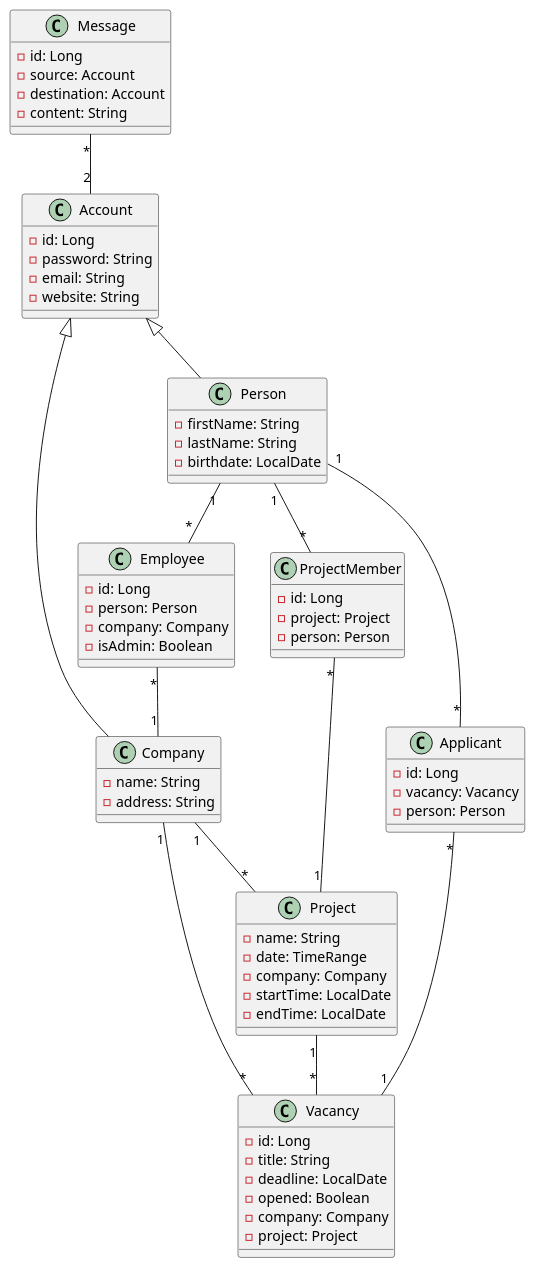
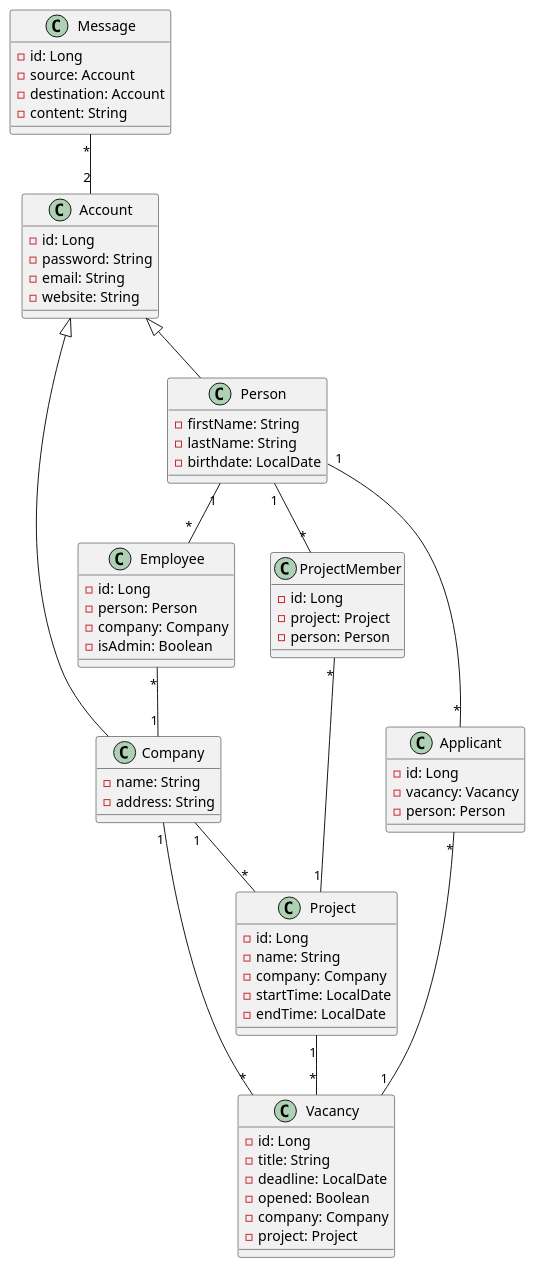
The diagram in cld/cld.puml (DirectorsView/documentation), drawn with PlantUML before and after one commit.

Commit message:
update fields in Project

```diff
--- a/cld/cld.puml
+++ b/cld/cld.puml
@@ -1,76 +1,76 @@
 @startuml
 
 class Account {
 - id: Long
 - password: String
 - email: String
 - website: String
 }
 
 class Company {
 - name: String
 - address: String
 }
 
 class Project {
+- id: Long
 - name: String
-- date: TimeRange
 - company: Company
 - startTime: LocalDate
 - endTime: LocalDate
 }
 
 class Person {
 - firstName: String
 - lastName: String
 - birthdate: LocalDate
 }
 
 class ProjectMember {
 - id: Long
 - project: Project
 - person: Person
 }
 
 class Vacancy {
 - id: Long
 - title: String
 - deadline: LocalDate
 - opened: Boolean
 - company: Company
 - project: Project
 }
 
 class Message {
 - id: Long
 - source: Account
 - destination: Account
 - content: String
 }
 
 class Employee {
 - id: Long
 - person: Person
 - company: Company
 - isAdmin: Boolean
 }
 
 class Applicant {
 - id: Long
 - vacancy: Vacancy
 - person: Person
 }
 
 Account <|-- Company
 Account <|-- Person
 Company "1" -- "*" Project
 Company "1" -- "*" Vacancy
 Applicant "*" -- "1" Vacancy
 Person "1" -- "*" Applicant
 Message "*" -- "2" Account
 Project "1" -- "*" Vacancy
 Employee "*" -- "1" Company
 Person "1" -- "*" Employee
 ProjectMember "*" -- "1" Project
 Person "1" -- "*" ProjectMember
 @enduml
```
